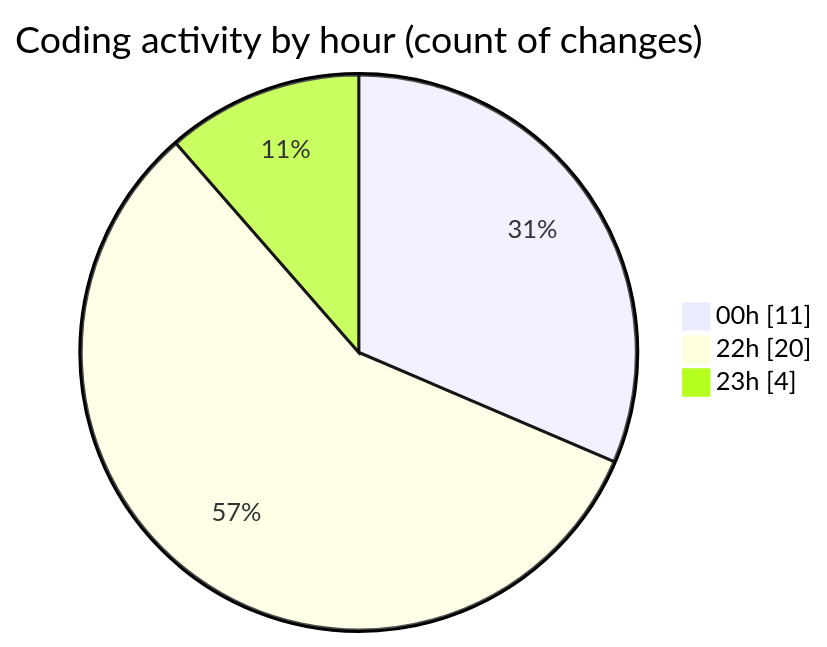
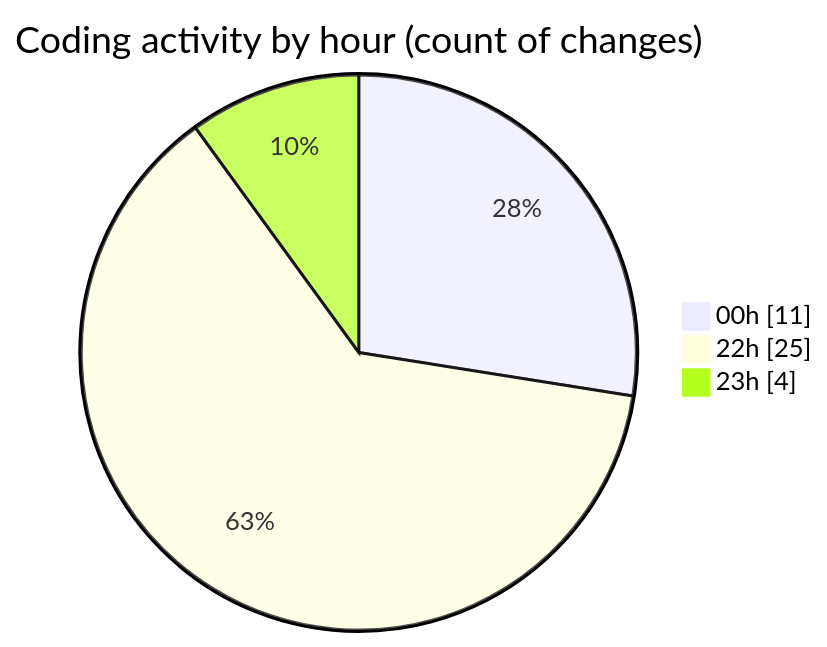
The second of 2 diagrams in 2026-11-26/taskforge/README.md (hasnaa123/code-tracking), drawn with Mermaid before and after one commit. The commit also changed other lines of this file and 1 other file, not shown here.

````diff
--- a/2026-11-26/taskforge/README.md
+++ b/2026-11-26/taskforge/README.md
@@ -29,7 +29,7 @@
 ```mermaid
 pie showData
 title Coding activity by hour (count of changes)
 "00h" : 11
-"22h" : 20
+"22h" : 25
 "23h" : 4
 ```
````
